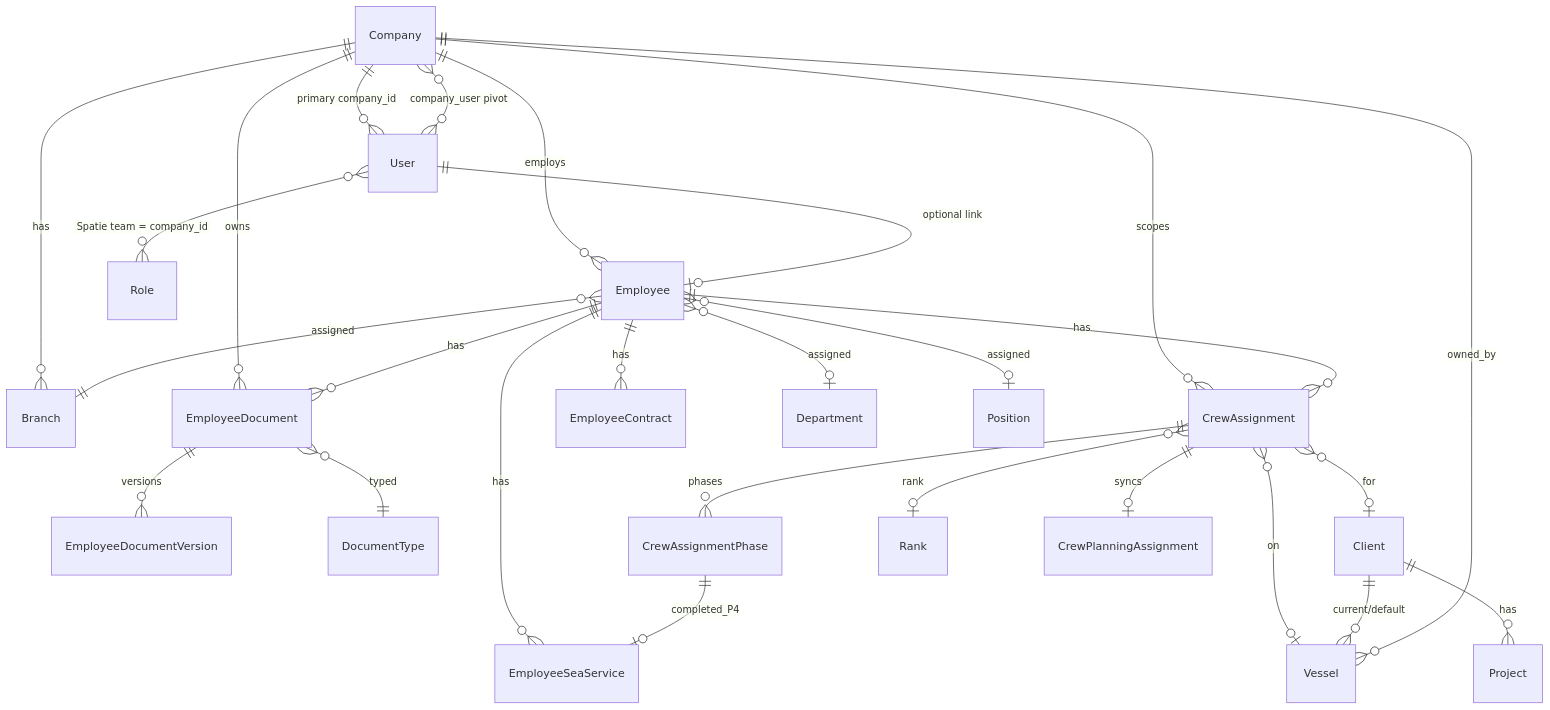
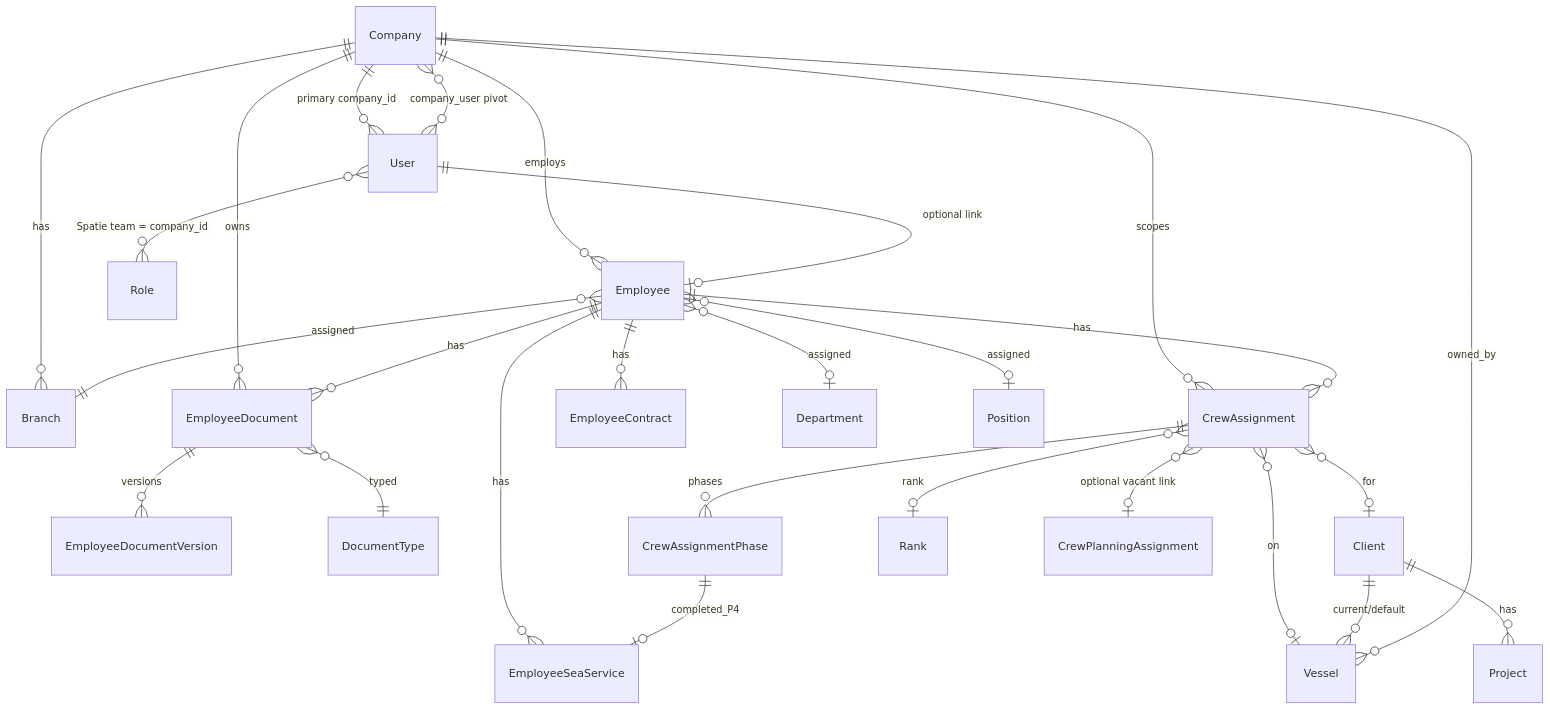
One commit to rabil007/HRM changed the first of 8 diagrams in docs/architecture/domains.md. Above: the diagram before and after it, drawn with Mermaid. The commit also changed other lines of this file and 123 other files, not shown here.

First line of the commit message:
Feat/unified crew assignment planning (#152)

````diff
--- a/docs/architecture/domains.md
+++ b/docs/architecture/domains.md
@@ -11,34 +11,34 @@
 ```mermaid
 erDiagram
     Company ||--o{ Branch : has
     Company ||--o{ Employee : employs
     Company ||--o{ User : "primary company_id"
     Company }o--o{ User : "company_user pivot"
     Company ||--o{ EmployeeDocument : owns
     Company ||--o{ CrewAssignment : scopes
 
     User ||--o| Employee : "optional link"
     User }o--o{ Role : "Spatie team = company_id"
 
     Employee ||--o{ EmployeeDocument : has
     Employee ||--o{ CrewAssignment : has
     Employee ||--o{ EmployeeContract : has
     Employee ||--o{ EmployeeSeaService : has
     Employee }o--|| Branch : assigned
     Employee }o--o| Department : assigned
     Employee }o--o| Position : assigned
 
     EmployeeDocument ||--o{ EmployeeDocumentVersion : versions
     EmployeeDocument }o--|| DocumentType : typed
 
     CrewAssignment ||--o{ CrewAssignmentPhase : phases
     CrewAssignment }o--o| Vessel : on
     CrewAssignment }o--o| Client : for
     CrewAssignment }o--o| Rank : rank
-    CrewAssignment ||--o| CrewPlanningAssignment : syncs
+    CrewAssignment }o--o| CrewPlanningAssignment : "optional vacant link"
     CrewAssignmentPhase ||--o| EmployeeSeaService : completed_P4
 
     Client ||--o{ Project : has
     Client ||--o{ Vessel : "current/default"
     Vessel }o--|| Company : owned_by
 ```
````
